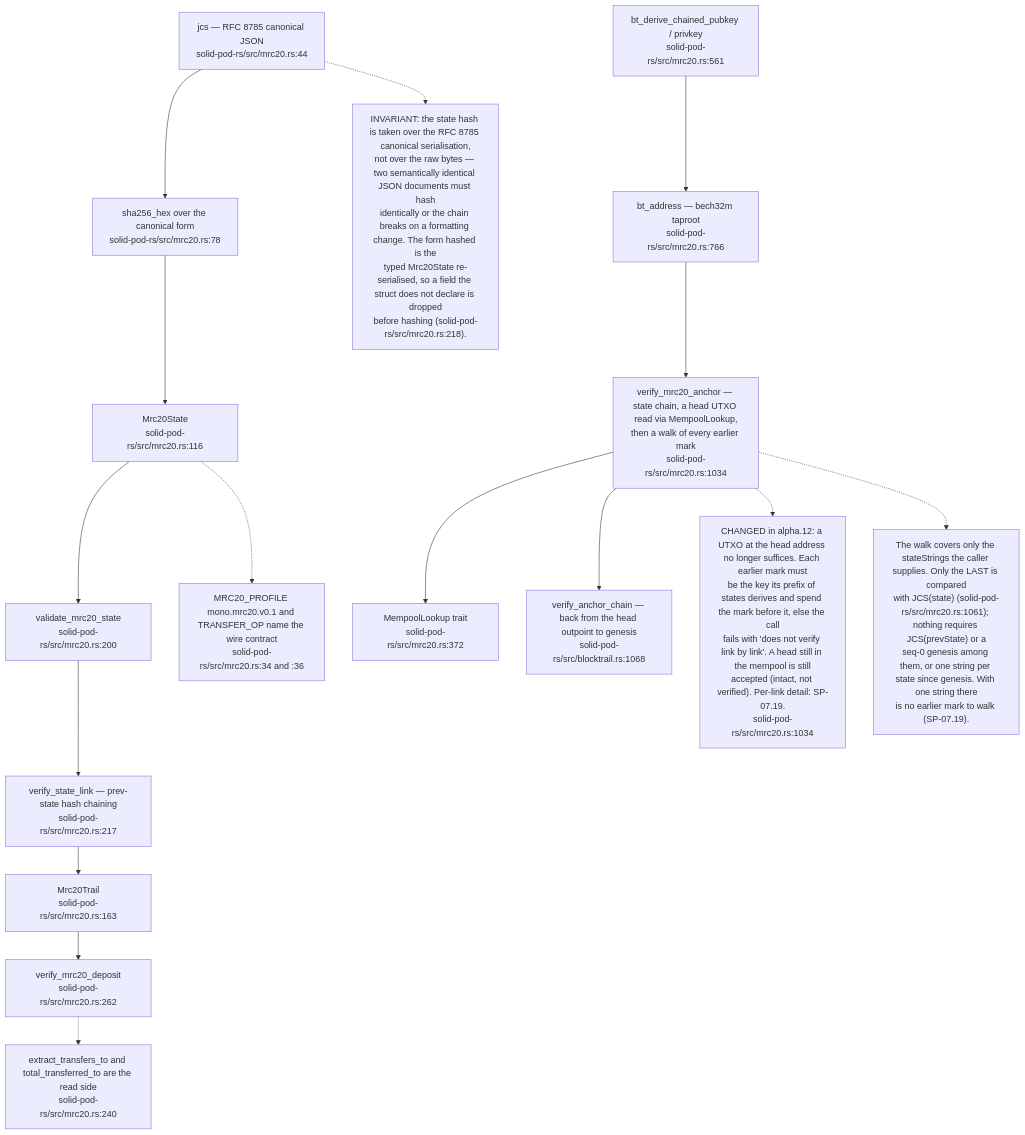
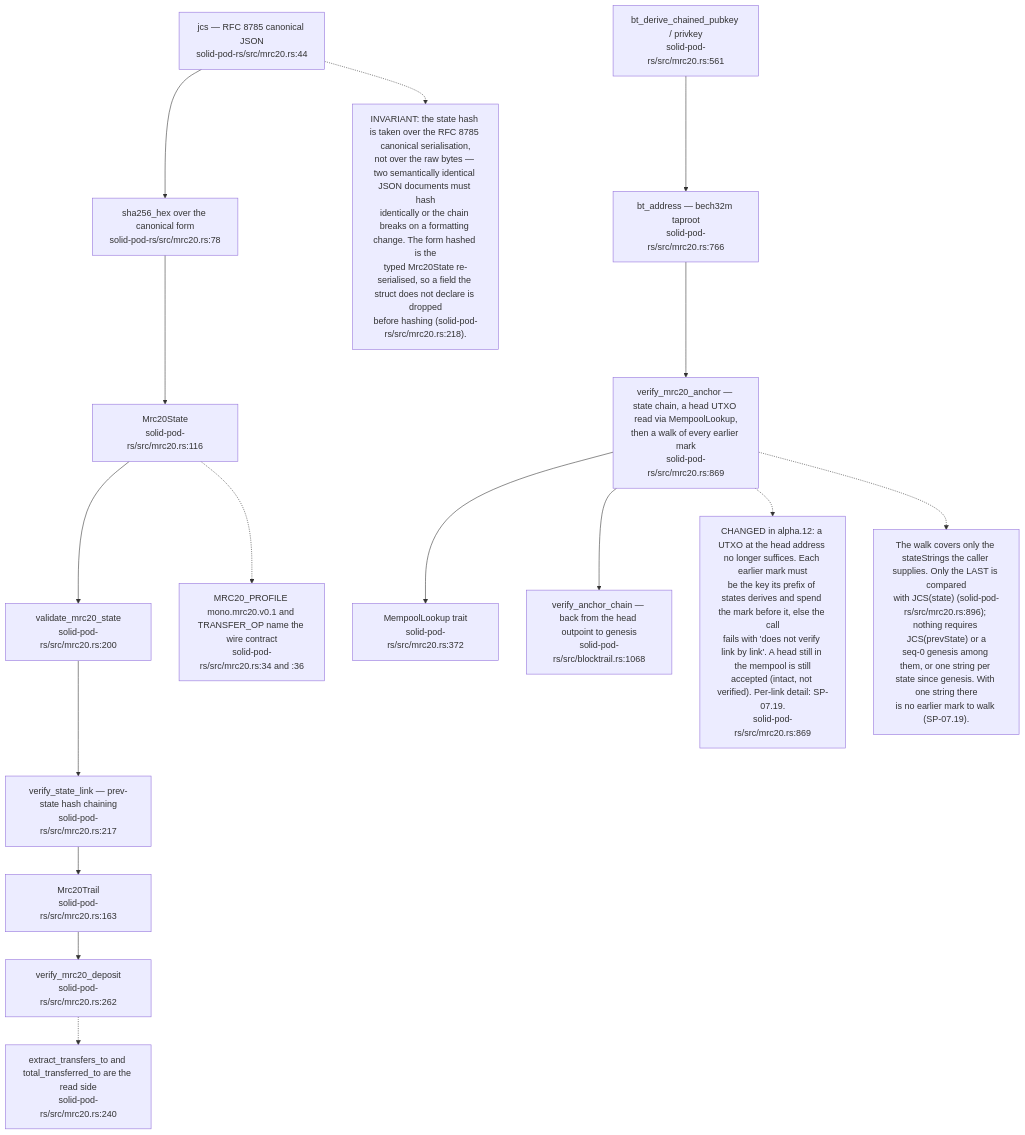
Before and after one commit to DreamLab-AI/VisionFlow: the eighth of 19 diagrams in docs/diagrams/solid-pod-rs/07-provenance-and-payments.md, drawn with Mermaid. The commit also changed other lines of this file and 48 other files, not shown here.

Commit message:
docs: reconcile estate repairs and first diagram refresh batch

````diff
--- a/docs/diagrams/solid-pod-rs/07-provenance-and-payments.md
+++ b/docs/diagrams/solid-pod-rs/07-provenance-and-payments.md
@@ -240,31 +240,31 @@
 ```mermaid
 flowchart TD
     JCS["jcs — RFC 8785 canonical JSON<br/>solid-pod-rs/src/mrc20.rs:44"]
     SHA["sha256_hex over the canonical form<br/>solid-pod-rs/src/mrc20.rs:78"]
     ST["Mrc20State<br/>solid-pod-rs/src/mrc20.rs:116"]
     VAL["validate_mrc20_state<br/>solid-pod-rs/src/mrc20.rs:200"]
     LNK["verify_state_link — prev-state hash chaining<br/>solid-pod-rs/src/mrc20.rs:217"]
     TR["Mrc20Trail<br/>solid-pod-rs/src/mrc20.rs:163"]
     DEP["verify_mrc20_deposit<br/>solid-pod-rs/src/mrc20.rs:262"]
     KEY["bt_derive_chained_pubkey / privkey<br/>solid-pod-rs/src/mrc20.rs:561"]
     ADDR["bt_address — bech32m taproot<br/>solid-pod-rs/src/mrc20.rs:766"]
-    VER["verify_mrc20_anchor — state chain, a head UTXO read via MempoolLookup,<br/>then a walk of every earlier mark<br/>solid-pod-rs/src/mrc20.rs:1034"]
+    VER["verify_mrc20_anchor — state chain, a head UTXO read via MempoolLookup,<br/>then a walk of every earlier mark<br/>solid-pod-rs/src/mrc20.rs:869"]
     WALK["verify_anchor_chain — back from the head outpoint to genesis<br/>solid-pod-rs/src/blocktrail.rs:1068"]
     ML["MempoolLookup trait<br/>solid-pod-rs/src/mrc20.rs:372"]
 
     JCS --> SHA --> ST --> VAL --> LNK --> TR
     TR --> DEP
     KEY --> ADDR --> VER --> ML
     VER --> WALK
 
     N["INVARIANT: the state hash is taken over the RFC 8785 canonical serialisation,<br/>not over the raw bytes — two semantically identical JSON documents must hash<br/>identically or the chain breaks on a formatting change. The form hashed is the<br/>typed Mrc20State re-serialised, so a field the struct does not declare is dropped<br/>before hashing (solid-pod-rs/src/mrc20.rs:218)."]
     JCS -.-> N
     N2["MRC20_PROFILE mono.mrc20.v0.1 and TRANSFER_OP name the wire contract<br/>solid-pod-rs/src/mrc20.rs:34 and :36"]
     ST -.-> N2
     N3["extract_transfers_to and total_transferred_to are the read side<br/>solid-pod-rs/src/mrc20.rs:240"]
     DEP -.-> N3
-    N4["CHANGED in alpha.12: a UTXO at the head address no longer suffices. Each earlier mark must<br/>be the key its prefix of states derives and spend the mark before it, else the call<br/>fails with 'does not verify link by link'. A head still in the mempool is still<br/>accepted (intact, not verified). Per-link detail: SP-07.19.<br/>solid-pod-rs/src/mrc20.rs:1034"]
+    N4["CHANGED in alpha.12: a UTXO at the head address no longer suffices. Each earlier mark must<br/>be the key its prefix of states derives and spend the mark before it, else the call<br/>fails with 'does not verify link by link'. A head still in the mempool is still<br/>accepted (intact, not verified). Per-link detail: SP-07.19.<br/>solid-pod-rs/src/mrc20.rs:869"]
     VER -.-> N4
-    N5["The walk covers only the stateStrings the caller supplies. Only the LAST is compared<br/>with JCS(state) (solid-pod-rs/src/mrc20.rs:1061); nothing requires JCS(prevState) or a<br/>seq-0 genesis among them, or one string per state since genesis. With one string there<br/>is no earlier mark to walk (SP-07.19)."]
+    N5["The walk covers only the stateStrings the caller supplies. Only the LAST is compared<br/>with JCS(state) (solid-pod-rs/src/mrc20.rs:896); nothing requires JCS(prevState) or a<br/>seq-0 genesis among them, or one string per state since genesis. With one string there<br/>is no earlier mark to walk (SP-07.19)."]
     VER -.-> N5
 ```
````
